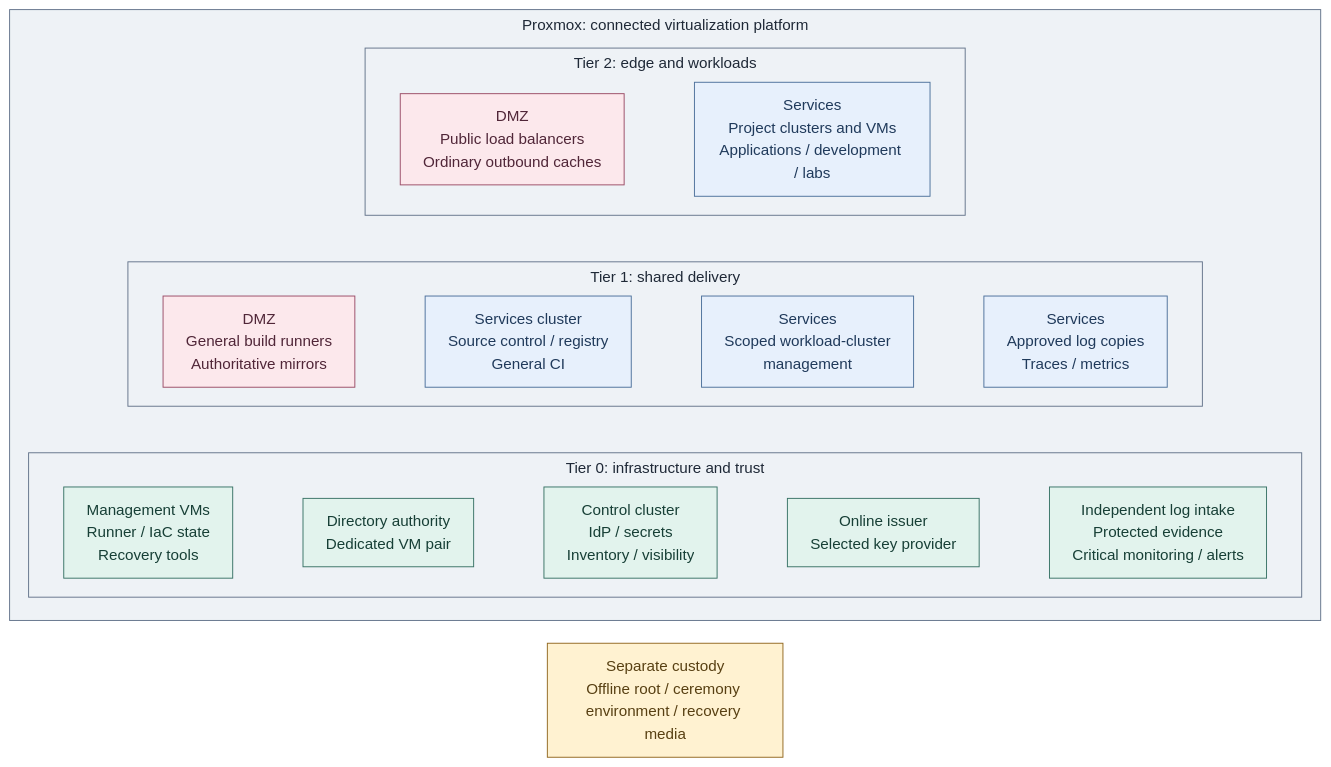
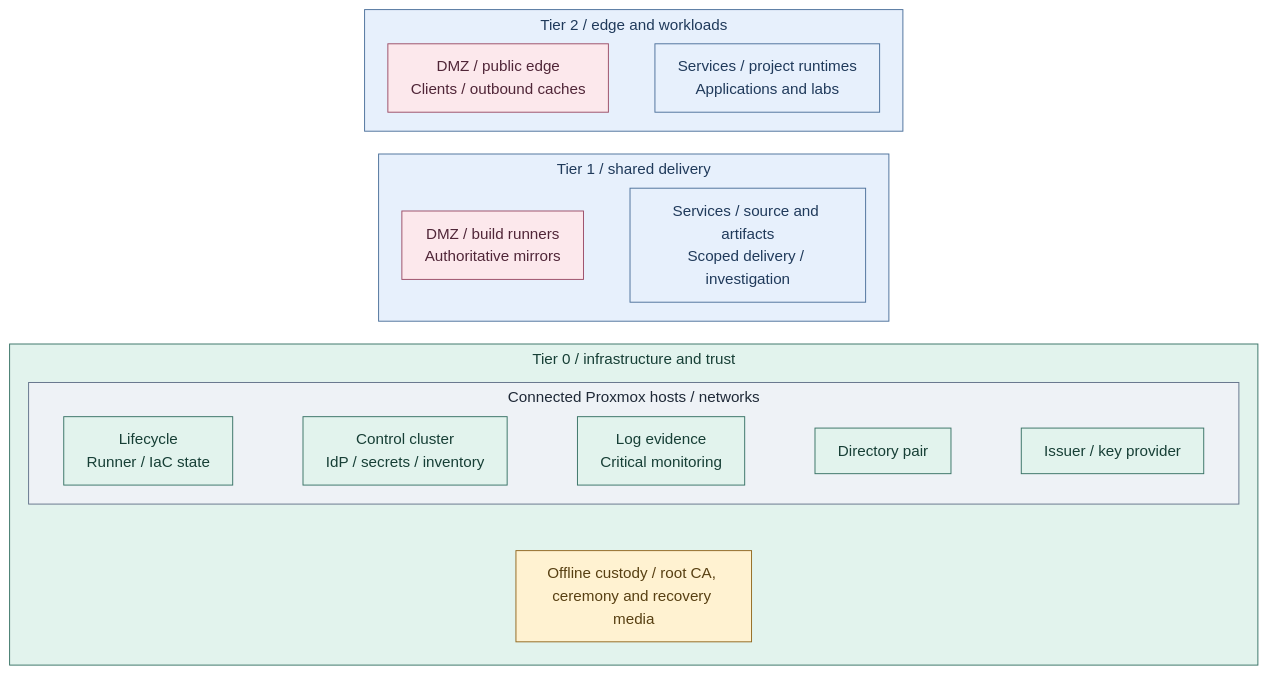
One commit to Rexus/homelab changed the diagram in docs/architecture/reference-platform.md. Above: the diagram before and after it, drawn with Mermaid. The commit also changed other lines of this file and 22 other files, not shown here.

Commit message:
docs(diagrams): clarify tier boundaries and deployment layouts

````diff
--- a/docs/architecture/reference-platform.md
+++ b/docs/architecture/reference-platform.md
@@ -36,44 +36,42 @@
 ```mermaid
 %%{init: {"theme":"base","flowchart":{"nodeSpacing":20,"rankSpacing":24,"padding":12,"subGraphTitleMargin":{"top":4,"bottom":12}},"themeVariables":{"lineColor":"#627581","edgeLabelBackground":"#f8fafc"}}}%%
 flowchart TB
-  subgraph PVE["Proxmox: connected virtualization platform"]
+  subgraph T2["Tier 2 / edge and workloads"]
+    direction LR
+    Edge["DMZ / public edge<br/>Clients / outbound caches"]
+    Workloads["Services / project runtimes<br/>Applications and labs"]
+    Edge ~~~ Workloads
+  end
+  subgraph T1["Tier 1 / shared delivery"]
+    direction LR
+    Supply["DMZ / build runners<br/>Authoritative mirrors"]
+    Delivery["Services / source and artifacts<br/>Scoped delivery / investigation"]
+    Supply ~~~ Delivery
+  end
+  subgraph T0["Tier 0 / infrastructure and trust"]
     direction TB
-    subgraph T2["Tier 2: edge and workloads"]
+    subgraph Online["Connected Proxmox hosts / networks"]
       direction LR
-      Edge["DMZ<br/>Public load balancers<br/>Ordinary outbound caches"]
-      Workloads["Services<br/>Project clusters and VMs<br/>Applications / development / labs"]
-      Edge ~~~ Workloads
+      M["Lifecycle<br/>Runner / IaC state"]
+      K["Control cluster<br/>IdP / secrets / inventory"]
+      Evidence["Log evidence<br/>Critical monitoring"]
+      I["Directory pair"]
+      C["Issuer / key provider"]
+      M ~~~ K ~~~ Evidence ~~~ I ~~~ C
     end
-    subgraph T1["Tier 1: shared delivery"]
-      direction LR
-      Supply["DMZ<br/>General build runners<br/>Authoritative mirrors"]
-      Delivery["Services cluster<br/>Source control / registry<br/>General CI"]
-      WorkloadManagement["Services<br/>Scoped workload-cluster<br/>management"]
-      Analytics["Services<br/>Approved log copies<br/>Traces / metrics"]
-      Supply ~~~ Delivery ~~~ WorkloadManagement ~~~ Analytics
-    end
-    subgraph T0["Tier 0: infrastructure and trust"]
-      direction LR
-      M["Management VMs<br/>Runner / IaC state<br/>Recovery tools"]
-      I["Directory authority<br/>Dedicated VM pair"]
-      K["Control cluster<br/>IdP / secrets<br/>Inventory / visibility"]
-      C["Online issuer<br/>Selected key provider"]
-      Evidence["Independent log intake<br/>Protected evidence<br/>Critical monitoring / alerts"]
-      M ~~~ I ~~~ K ~~~ C ~~~ Evidence
-    end
-    T2 ~~~ T1 ~~~ T0
+    Offline["Offline custody / root CA, ceremony and recovery media"]
+    Online ~~~ Offline
   end
-  Offline["Separate custody<br/>Offline root / ceremony environment / recovery media"]
-  T0 ~~~ Offline
+  T2 ~~~ T1 ~~~ T0
   classDef default fill:#f8fafc,stroke:#64748b,color:#1f2937
   classDef boundary fill:#eef2f6,stroke:#64748b,color:#1f2937
+  classDef services fill:#e7f0fc,stroke:#4d719b,color:#203a5b
   classDef edge fill:#fce8ec,stroke:#9b4d67,color:#502638
-  classDef services fill:#e7f0fc,stroke:#4d719b,color:#203a5b
   classDef control fill:#e2f3ed,stroke:#397366,color:#173f36
   classDef custody fill:#fff2d1,stroke:#926820,color:#584013
-  class PVE,T2,T1,T0 boundary
+  class Online boundary
+  class T2,T1,Workloads,Delivery services
   class Edge,Supply edge
-  class Delivery,WorkloadManagement,Analytics,Workloads services
-  class M,I,K,C,Evidence control
+  class T0,M,K,Evidence,I,C control
   class Offline custody
 ```
````
